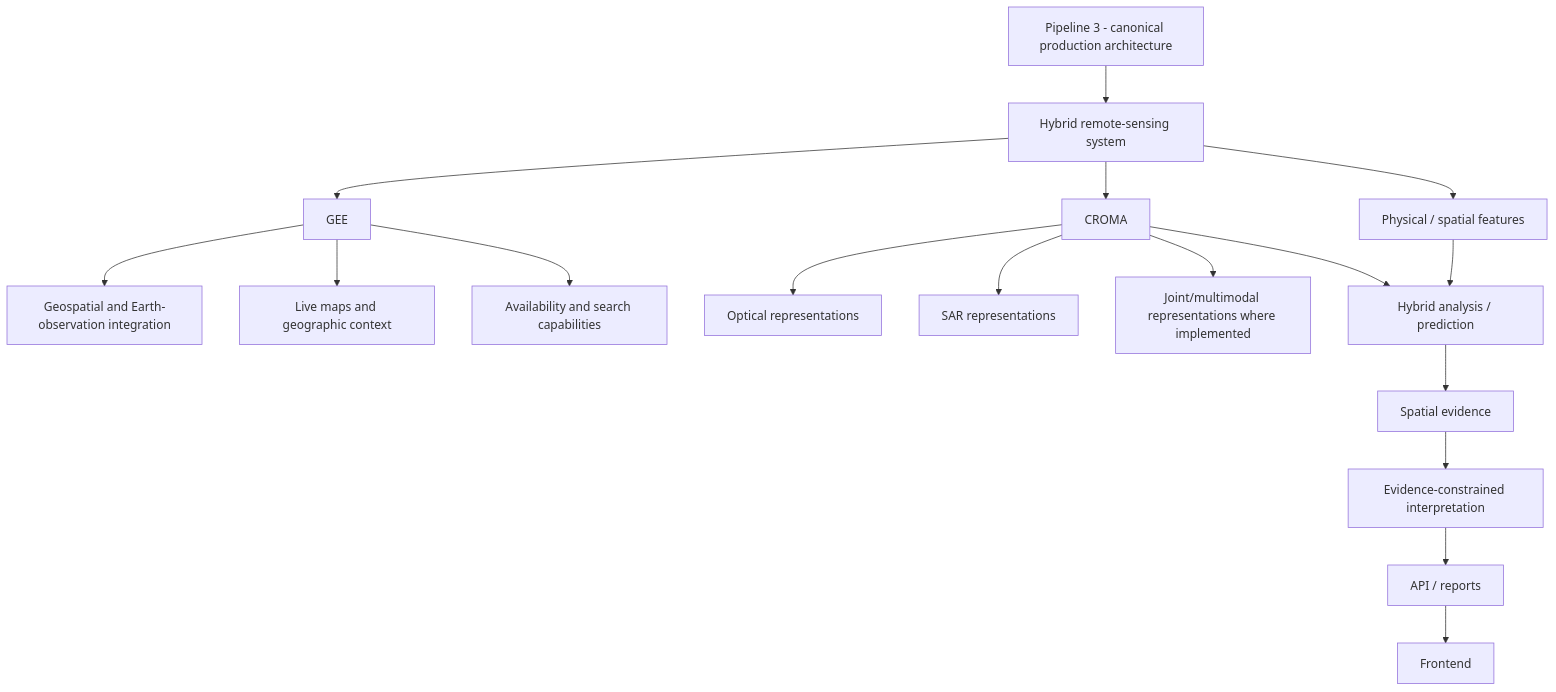
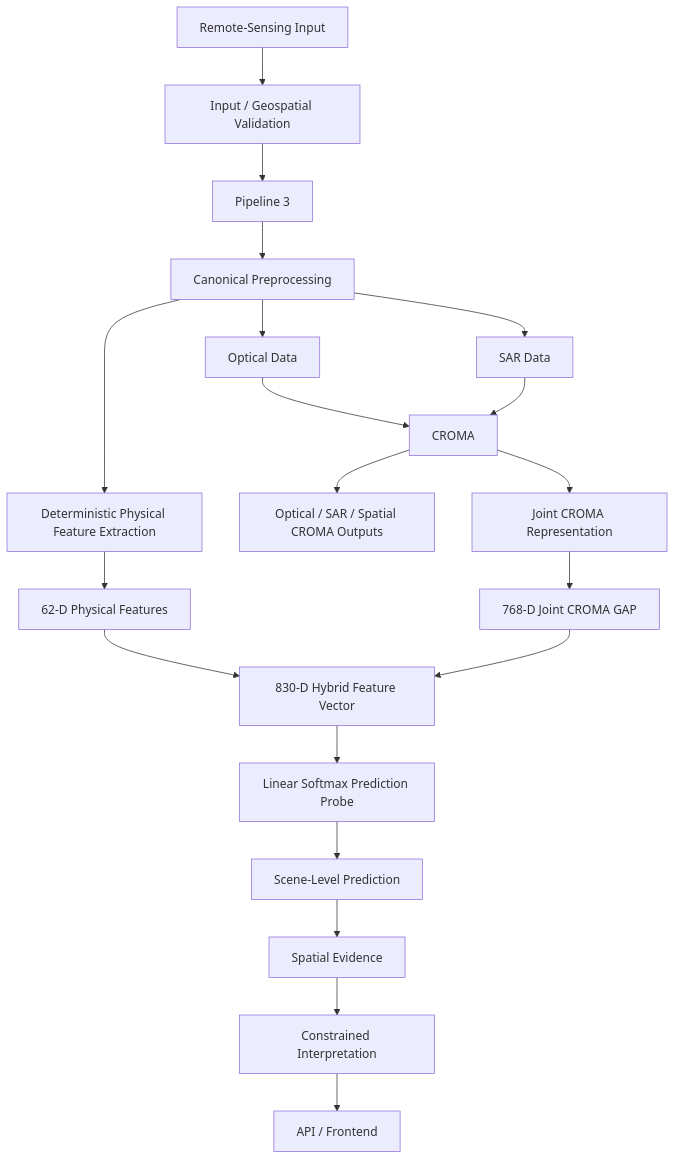
One commit to rishabparande15-lab/Satquery_ai_2.0 changed the first of 6 diagrams in README.md. Above: the diagram before and after it, drawn with Mermaid. The commit also changed other lines of this file and 70 other files, not shown here.

````diff
--- a/README.md
+++ b/README.md
@@ -22,20 +23,22 @@
 ```mermaid
 flowchart TD
-    P3[Pipeline 3 - canonical production architecture]
-    P3 --> H[Hybrid remote-sensing system]
-    H --> G[GEE]
-    G --> G1[Geospatial and Earth-observation integration]
-    G --> G2[Live maps and geographic context]
-    G --> G3[Availability and search capabilities]
-    H --> C[CROMA]
-    C --> C1[Optical representations]
-    C --> C2[SAR representations]
-    C --> C3[Joint/multimodal representations where implemented]
-    H --> F[Physical / spatial features]
-    F --> A[Hybrid analysis / prediction]
-    C --> A
-    A --> E[Spatial evidence]
-    E --> I[Evidence-constrained interpretation]
-    I --> R[API / reports]
-    R --> U[Frontend]
+    A["Remote-Sensing Input"] --> B["Input / Geospatial Validation"]
+    B --> C["Pipeline 3"]
+    C --> D["Canonical Preprocessing"]
+    D --> E["Optical Data"]
+    D --> F["SAR Data"]
+    E --> G["CROMA"]
+    F --> G
+    G --> H["Joint CROMA Representation"]
+    G --> I["Optical / SAR / Spatial CROMA Outputs"]
+    D --> J["Deterministic Physical Feature Extraction"]
+    J --> K["62-D Physical Features"]
+    H --> L["768-D Joint CROMA GAP"]
+    K --> M["830-D Hybrid Feature Vector"]
+    L --> M
+    M --> N["Linear Softmax Prediction Probe"]
+    N --> O["Scene-Level Prediction"]
+    O --> P["Spatial Evidence"]
+    P --> Q["Constrained Interpretation"]
+    Q --> R["API / Frontend"]
 ```
````
